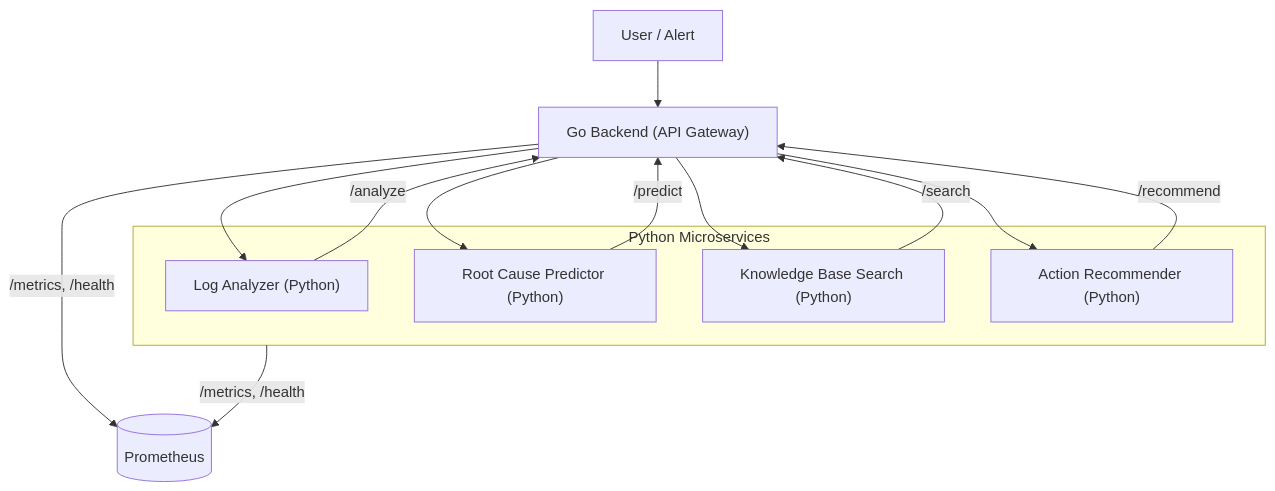
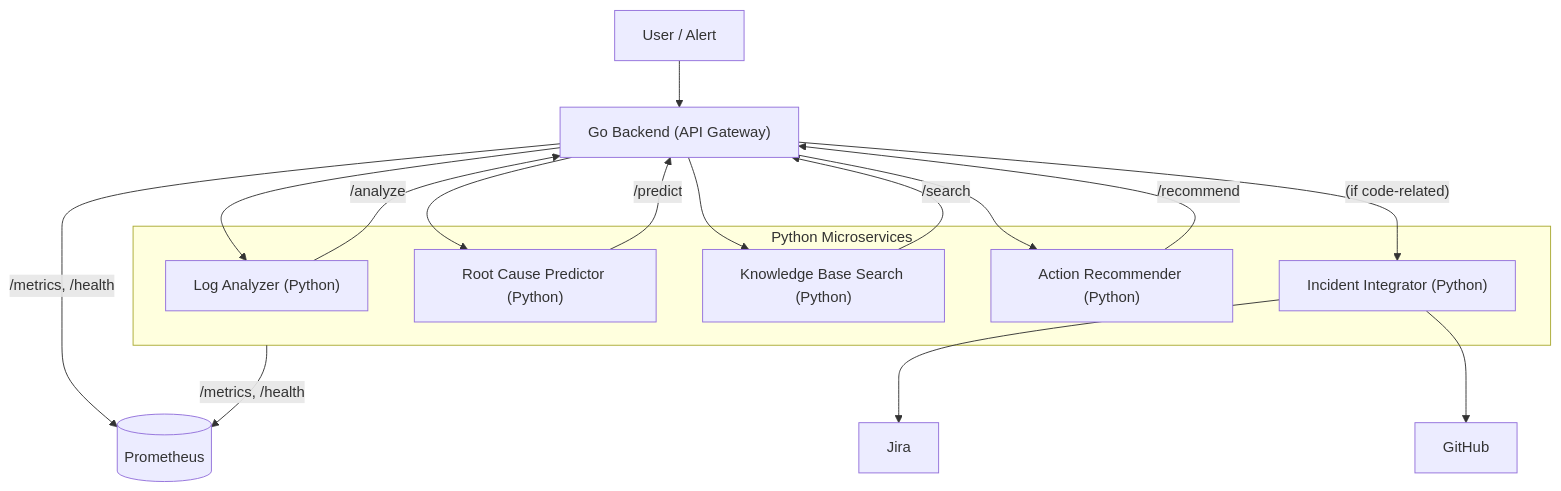
One commit to Shmulik27/IncidentResolutionAssistant changed the diagram in README.md. Above: the diagram before and after it, drawn with Mermaid. The commit also changed other lines of this file and 29 other files, not shown here.

Commit message:
Add Incident Integrator service to Docker Compose and update Go backend to trigger it for code-related incidents. Enhance README with detailed architecture and flow for incident resolution. Include tests for the new service in the test suite.

````diff
--- a/README.md
+++ b/README.md
@@ -16,20 +17,24 @@
 ```mermaid
 flowchart TD
     User["User / Alert"] --> GoBackend["Go Backend (API Gateway)"]
     GoBackend --> LogAnalyzer["Log Analyzer (Python)"]
     GoBackend --> RootCausePredictor["Root Cause Predictor (Python)"]
     GoBackend --> KnowledgeBase["Knowledge Base Search (Python)"]
     GoBackend --> ActionRecommender["Action Recommender (Python)"]
+    GoBackend -- "(if code-related)" --> IncidentIntegrator["Incident Integrator (Python)"]
+    IncidentIntegrator --> Jira["Jira"]
+    IncidentIntegrator --> GitHub["GitHub"]
     LogAnalyzer -- "/analyze" --> GoBackend
     RootCausePredictor -- "/predict" --> GoBackend
     KnowledgeBase -- "/search" --> GoBackend
     ActionRecommender -- "/recommend" --> GoBackend
     subgraph PythonServices["Python Microservices"]
         LogAnalyzer
         RootCausePredictor
         KnowledgeBase
         ActionRecommender
+        IncidentIntegrator
     end
     GoBackend -- "/metrics, /health" --> Prometheus[(Prometheus)]
     PythonServices -- "/metrics, /health" --> Prometheus[(Prometheus)]
 ```
````
